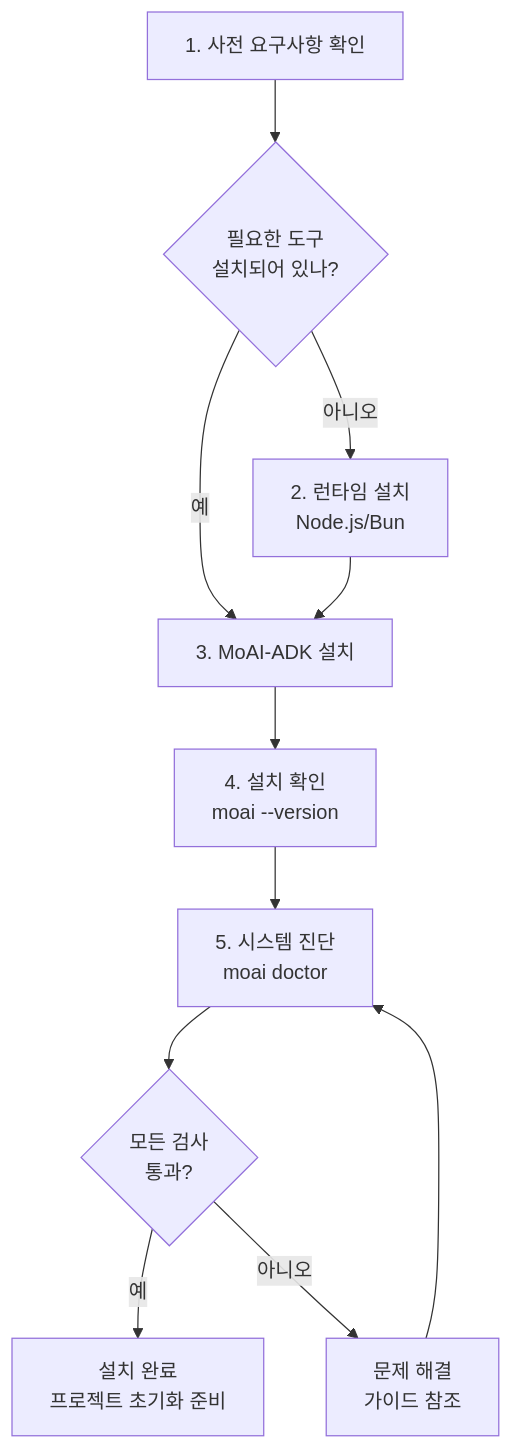
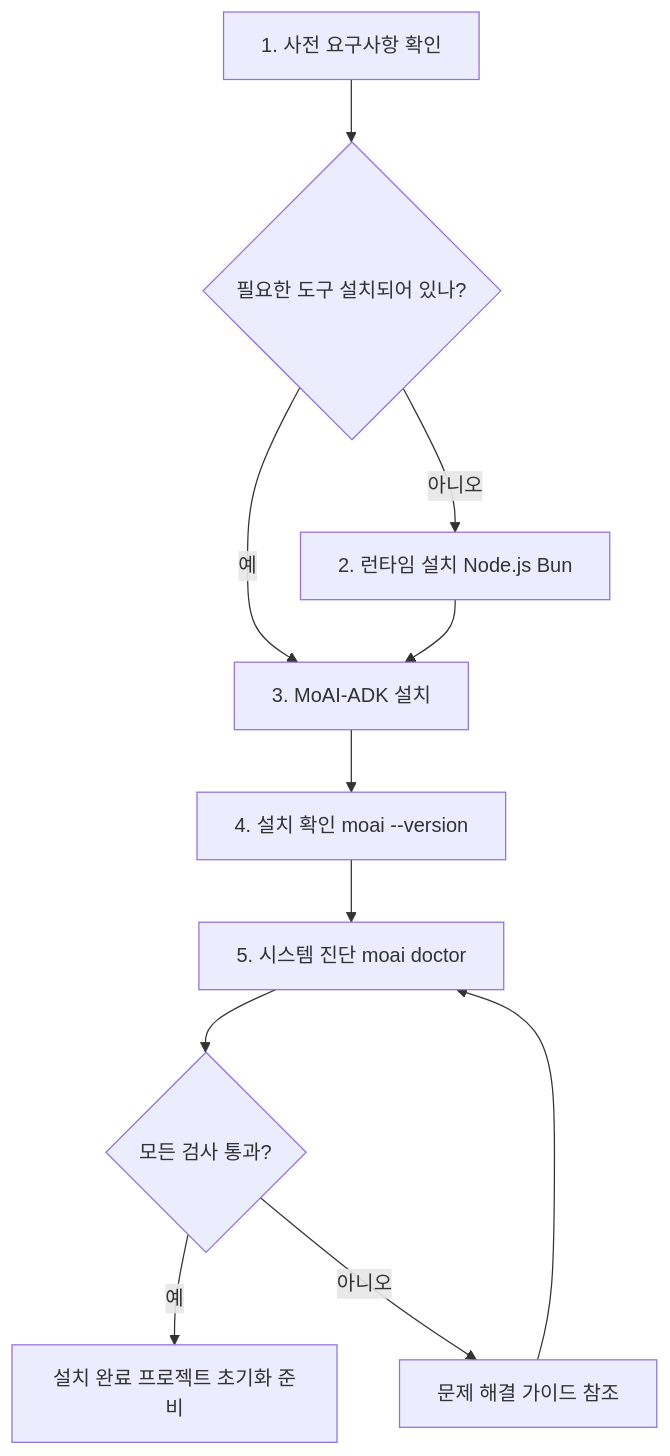
One commit to modu-ai/moai-adk changed the first of 2 diagrams in docs/getting-started/installation.md. Above: the diagram before and after it, drawn with Mermaid. The commit also changed other lines of this file and 447 other files, not shown here.

````diff
--- a/docs/getting-started/installation.md
+++ b/docs/getting-started/installation.md
@@ -7,14 +7,14 @@
 ```mermaid
 graph TD
-    A[1. 사전 요구사항 확인] --> B{필요한 도구<br/>설치되어 있나?}
-    B -->|아니오| C[2. 런타임 설치<br/>Node.js/Bun]
+    A[1. 사전 요구사항 확인] --> B{필요한 도구 설치되어 있나?}
+    B -->|아니오| C[2. 런타임 설치 Node.js Bun]
     B -->|예| D[3. MoAI-ADK 설치]
     C --> D
-    D --> E[4. 설치 확인<br/>moai --version]
-    E --> F[5. 시스템 진단<br/>moai doctor]
-    F --> G{모든 검사<br/>통과?}
-    G -->|예| H[설치 완료<br/>프로젝트 초기화 준비]
-    G -->|아니오| I[문제 해결<br/>가이드 참조]
+    D --> E[4. 설치 확인 moai --version]
+    E --> F[5. 시스템 진단 moai doctor]
+    F --> G{모든 검사 통과?}
+    G -->|예| H[설치 완료 프로젝트 초기화 준비]
+    G -->|아니오| I[문제 해결 가이드 참조]
     I --> F
 
 ```
````
